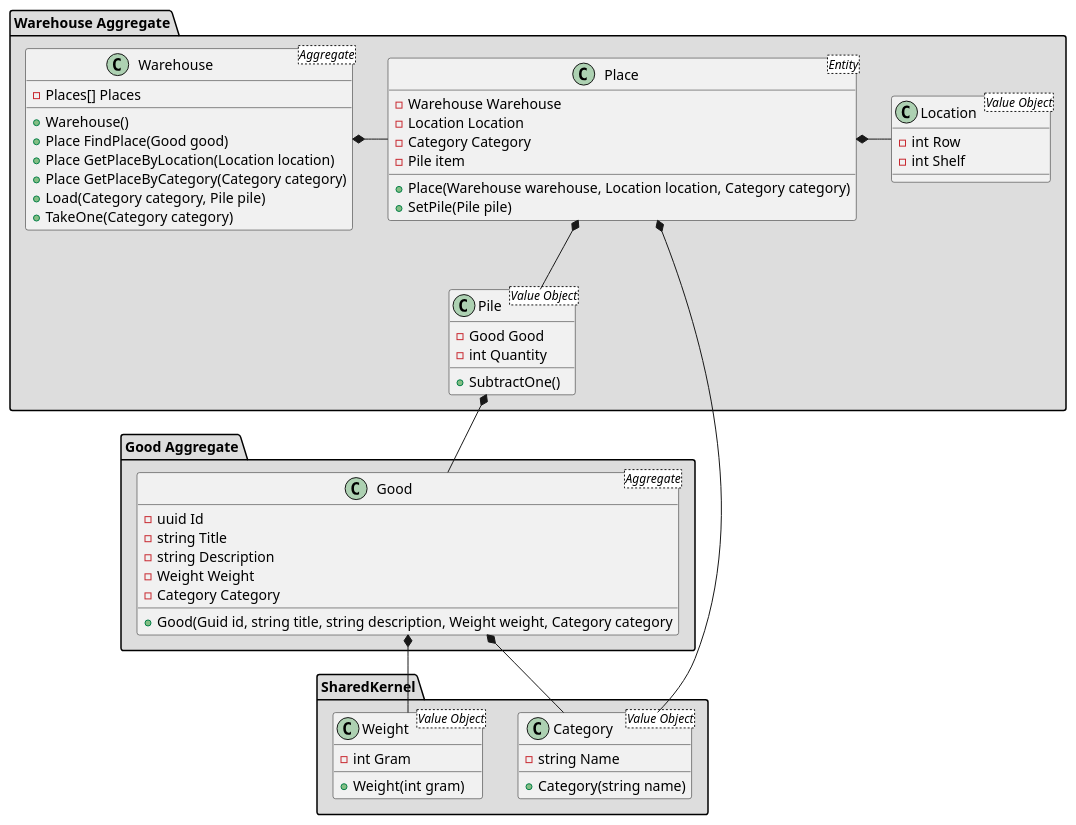
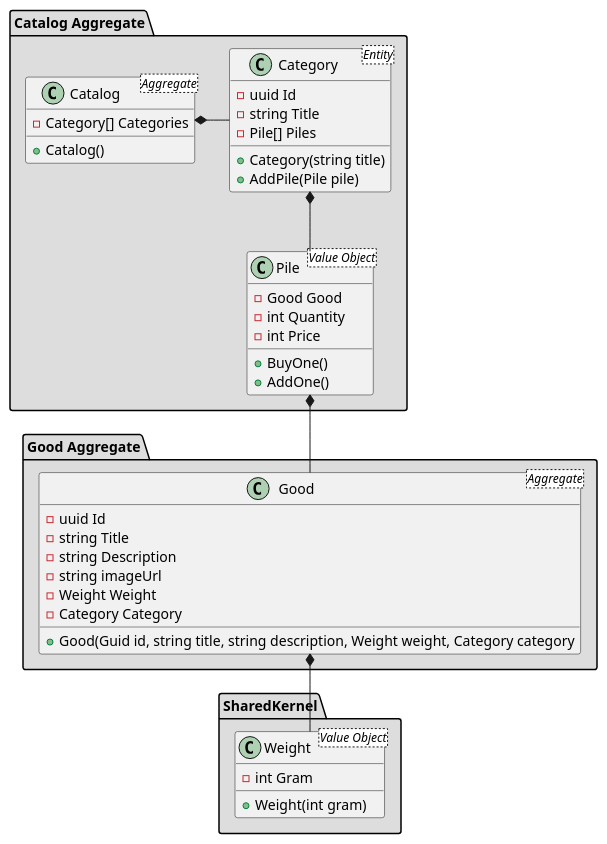
The third of 4 diagrams in services/catalog/README.md (gerzhan/knigaexpert-system-design), drawn with PlantUML before and after one commit.

````diff
--- a/services/catalog/README.md
+++ b/services/catalog/README.md
@@ -82,71 +82,56 @@
 ```plantuml
-package "Warehouse Aggregate"  #DDDDDD {
-  Class Warehouse <Aggregate>
+package "Catalog Aggregate"  #DDDDDD {
+  Class Catalog <Aggregate>
   {
-    - Places[] Places
-
-    + Warehouse()
-    + Place FindPlace(Good good)
-    + Place GetPlaceByLocation(Location location)
-    + Place GetPlaceByCategory(Category category)
-    + Load(Category category, Pile pile)
-    + TakeOne(Category category)
+    - Category[] Categories 
+    
+    + Catalog()
   }
   
-  Class Place <Entity>
+  Class Category <Entity>
   {
-    - Warehouse Warehouse
-    - Location Location
-    - Category Category
-    - Pile item
+    - uuid Id
+    - string Title 
+    - Pile[] Piles
 
-    + Place(Warehouse warehouse, Location location, Category category)
-    + SetPile(Pile pile)
+    + Category(string title)
+    + AddPile(Pile pile)
   }  
 
   Class Pile <Value Object>{
     - Good Good
     - int Quantity
-    + SubtractOne()
+    - int Price
+    + BuyOne()
+    + AddOne()
   }
 
-  Class Location <Value Object> {
-    - int Row
-    - int Shelf 
-  }
-
-  Warehouse *- Place
-  Place *- Location
-  Place *-- Pile
+  Catalog *- Category
+  Category *-- Pile
 }
 
 package "SharedKernel" #DDDDDD {
-  Class Category <Value Object>
-  {
-    - string Name
-    + Category(string name)
-  }  
-  Place *- Category 
-
   Class Weight <Value Object>
   {
     - int Gram
     + Weight(int gram)
   }
 }
 
 package "Good Aggregate" #DDDDDD {
   Class Good <Aggregate>
   {
     - uuid Id
     - string Title
     - string Description
+    - string imageUrl
     - Weight Weight
     - Category Category
     + Good(Guid id, string title, string description, Weight weight, Category category
   }
   Good *-- Weight
-  Good *- Category
   Pile *-- Good
 }
+
+
 ```
````
